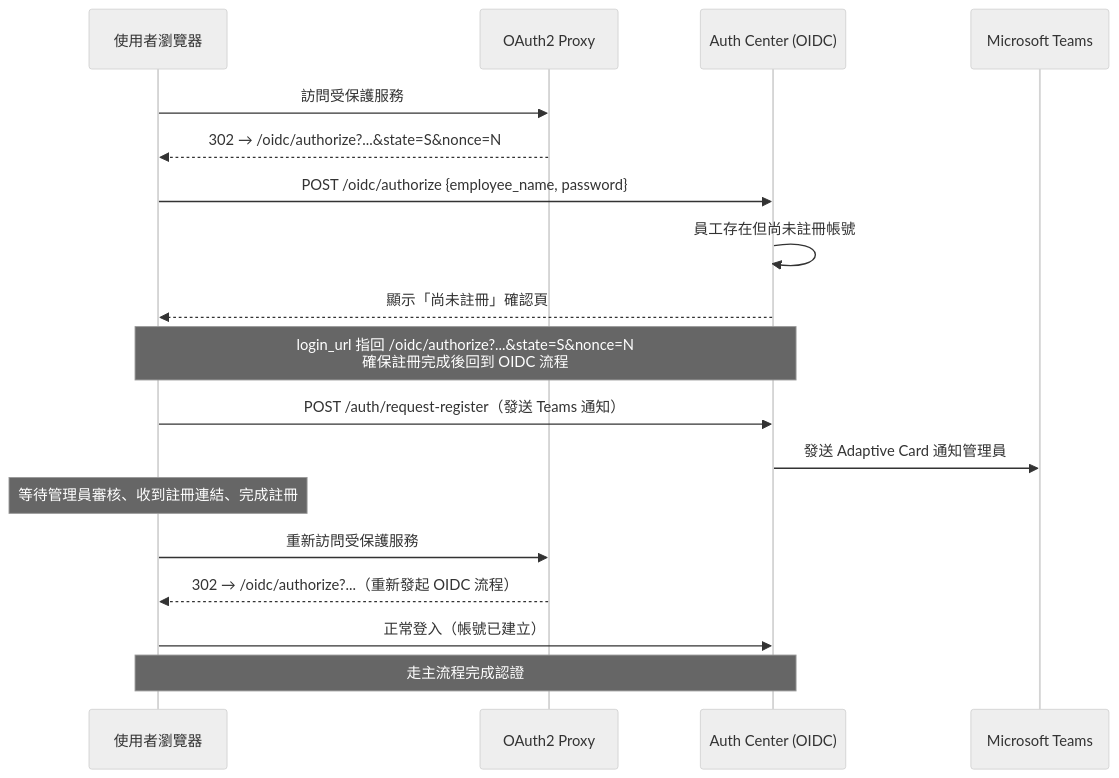
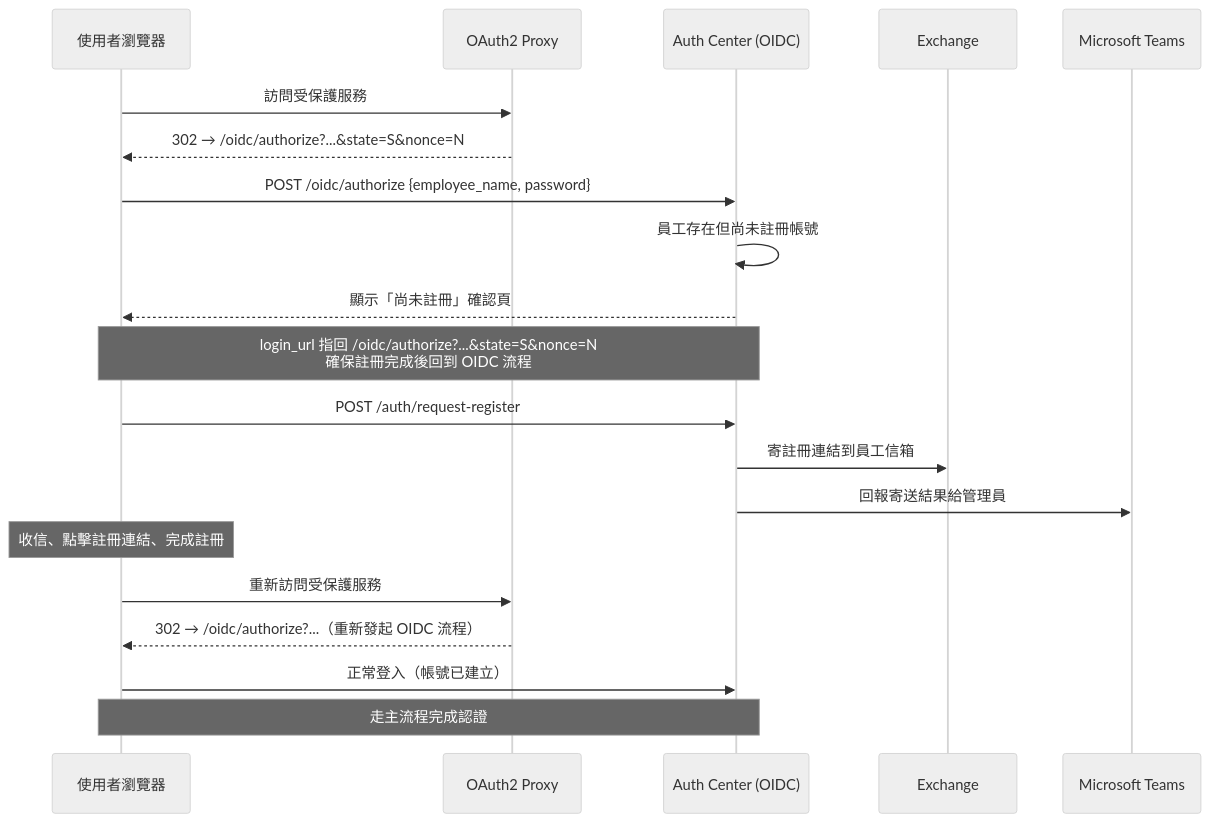
Before and after one commit to bwinken/authcenter: the tenth of 12 diagrams in README.md, drawn with Mermaid (neutral theme). The commit also changed other lines of this file and 24 other files, not shown here.

````diff
--- a/README.md
+++ b/README.md
@@ -1591,25 +1560,27 @@
 ```mermaid
 sequenceDiagram
     participant U as 使用者瀏覽器
     participant P as OAuth2 Proxy
     participant C as Auth Center (OIDC)
+    participant E as Exchange
     participant T as Microsoft Teams
 
     U->>P: 訪問受保護服務
     P-->>U: 302 → /oidc/authorize?...&state=S&nonce=N
 
     U->>C: POST /oidc/authorize {employee_name, password}
     C->>C: 員工存在但尚未註冊帳號
 
     C-->>U: 顯示「尚未註冊」確認頁
     Note over U,C: login_url 指回 /oidc/authorize?...&state=S&nonce=N<br/>確保註冊完成後回到 OIDC 流程
 
-    U->>C: POST /auth/request-register（發送 Teams 通知）
-    C->>T: 發送 Adaptive Card 通知管理員
-    Note over U: 等待管理員審核、收到註冊連結、完成註冊
+    U->>C: POST /auth/request-register
+    C->>E: 寄註冊連結到員工信箱
+    C->>T: 回報寄送結果給管理員
+    Note over U: 收信、點擊註冊連結、完成註冊
 
     U->>P: 重新訪問受保護服務
     P-->>U: 302 → /oidc/authorize?...（重新發起 OIDC 流程）
     U->>C: 正常登入（帳號已建立）
     Note over U,C: 走主流程完成認證
 ```
````
